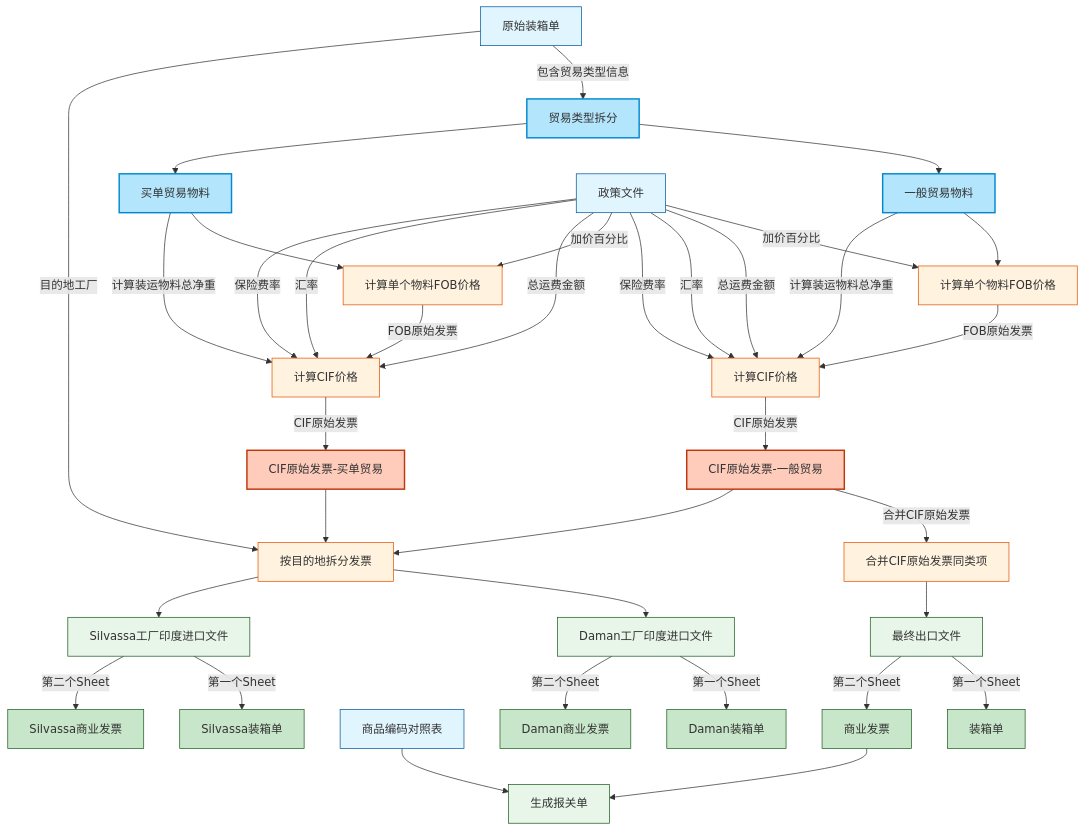
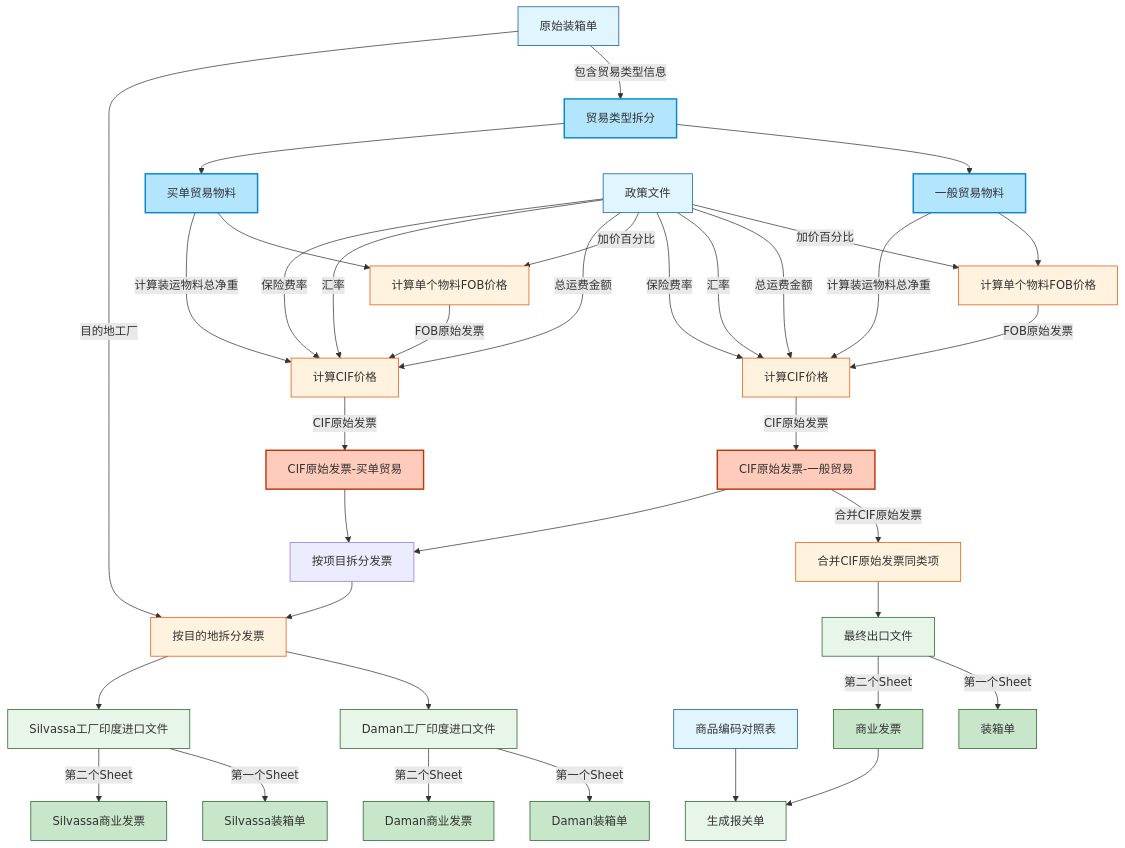
The first of 6 diagrams in WORKFLOW-CN.md (anlaganlag/export_reimport), drawn with Mermaid before and after one commit. The commit also changed other lines of this file, not shown here.

````diff
--- a/WORKFLOW-CN.md
+++ b/WORKFLOW-CN.md
@@ -21,77 +21,80 @@
 ```mermaid
 graph TD
     %% 输入文件
     OPL[原始装箱单] --> |包含贸易类型信息|SPLIT[贸易类型拆分]
     SPLIT --> GT[一般贸易物料]
     SPLIT --> BT[买单贸易物料]
     
     %% 一般贸易流程
     GT --> CFOB_GT[计算单个物料FOB价格]
     PF[政策文件] --> |加价百分比| CFOB_GT
     
     %% FOB到CIF转换 - 一般贸易
     GT --> |计算装运物料总净重|CCIF_GT[计算CIF价格]
     PF --> |总运费金额|CCIF_GT
     PF --> |汇率|CCIF_GT
     PF --> |保险费率|CCIF_GT
     CFOB_GT --> |FOB原始发票|CCIF_GT
     
     %% 生成CIF原始发票 - 一般贸易
     CCIF_GT --> |CIF原始发票|CIFORG_GT[CIF原始发票-一般贸易]
     
     %% CIF到最终发票处理 - 一般贸易
     CIFORG_GT --> |合并CIF原始发票|MERGE[合并CIF原始发票同类项]
     MERGE --> EXP[最终出口文件]
     
     %% 最终出口文件说明
     EXP --> |第一个Sheet|PL[装箱单]
     EXP --> |第二个Sheet|CI[商业发票]
     
     %% 商品编码对照表输入和报关单生成
     HSC[商品编码对照表] --> CD[生成报关单]
     CI --> CD
     
     %% 买单贸易流程
     BT --> CFOB_BT[计算单个物料FOB价格]
     PF --> |加价百分比| CFOB_BT
     
     %% FOB到CIF转换 - 买单贸易
     BT --> |计算装运物料总净重|CCIF_BT[计算CIF价格]
     PF --> |总运费金额|CCIF_BT
     PF --> |汇率|CCIF_BT
     PF --> |保险费率|CCIF_BT
     CFOB_BT --> |FOB原始发票|CCIF_BT
     
     %% 生成CIF原始发票 - 买单贸易
     CCIF_BT --> |CIF原始发票|CIFORG_BT[CIF原始发票-买单贸易]
     
-    %% 按工厂拆分发票 - 两种贸易类型共用
-    CIFORG_GT --> SI[按目的地拆分发票]
-    CIFORG_BT --> SI
+    %% 按项目拆分发票 - 两种贸易类型共用
+    CIFORG_GT --> PSI[按项目拆分发票]
+    CIFORG_BT --> PSI
+    
+    %% 按目的地拆分发票
+    PSI --> SI[按目的地拆分发票]
     OPL --> |目的地工厂|SI
     
     %% Daman工厂印度进口发票
     SI --> RIMP_D[Daman工厂印度进口文件]
     RIMP_D --> |第一个Sheet|RIMP_DPL[Daman装箱单]
     RIMP_D --> |第二个Sheet|RIMP_DCI[Daman商业发票]
     
     %% Silvassa工厂印度进口发票
     SI --> RIMP_S[Silvassa工厂印度进口文件]
     RIMP_S --> |第一个Sheet|RIMP_SPL[Silvassa装箱单]
     RIMP_S --> |第二个Sheet|RIMP_SCI[Silvassa商业发票]
 
     %% 样式
     classDef input fill:#e1f5fe,stroke:#01579b
     classDef process fill:#fff3e0,stroke:#e65100
     classDef output fill:#e8f5e9,stroke:#1b5e20
     classDef highlight fill:#ffccbc,stroke:#bf360c,stroke-width:2px
     classDef suboutput fill:#c8e6c9,stroke:#1b5e20
     classDef split fill:#b3e5fc,stroke:#0288d1,stroke-width:2px
     
     class OPL,PF,HSC input
     class CFOB_GT,CCIF_GT,CFOB_BT,CCIF_BT,SI,MERGE process
     class CIFORG_GT,CIFORG_BT highlight
     class EXP,RIMP_D,RIMP_S,CD output
     class PL,CI,RIMP_DPL,RIMP_DCI,RIMP_SPL,RIMP_SCI suboutput
     class SPLIT,GT,BT split
 ```
````
